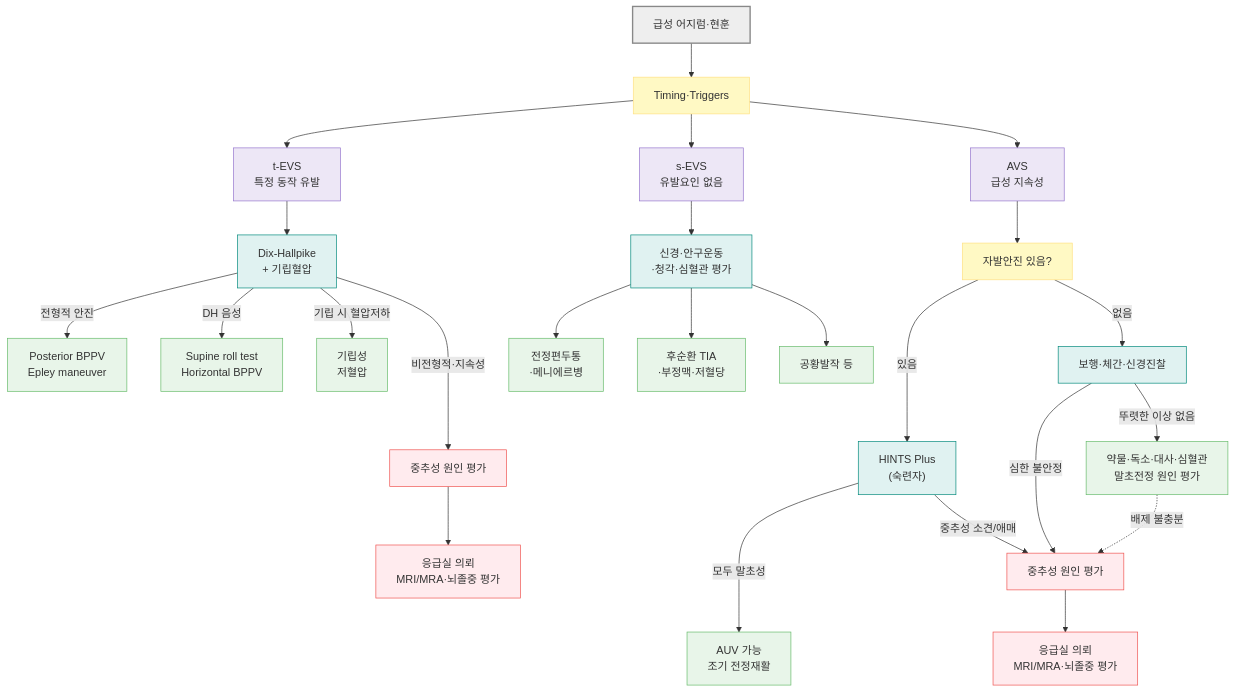
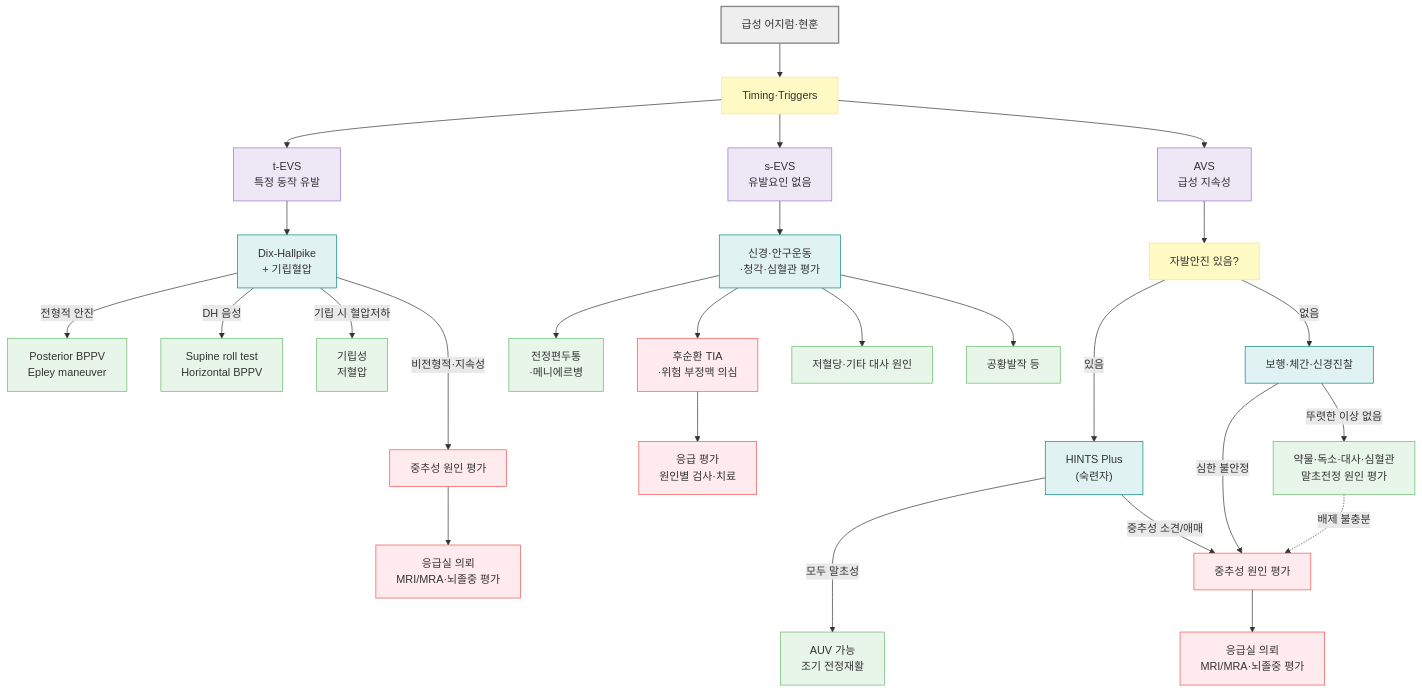
The diagram in 221_/020_-dizziness.md (familyoh77/familyoh77), drawn with Mermaid before and after one commit. The commit also changed other lines of this file, not shown here.

````diff
--- a/221_/020_-dizziness.md
+++ b/221_/020_-dizziness.md
@@ -373,45 +360,47 @@
 ```mermaid
 flowchart TD
     A["급성 어지럼·현훈"] --> B["Timing·Triggers"]
     B --> C["t-EVS<br/>특정 동작 유발"]
     B --> D["s-EVS<br/>유발요인 없음"]
     B --> E["AVS<br/>급성 지속성"]
 
     C --> C1["Dix-Hallpike <br/>+ 기립혈압"]
     C1 -->|"전형적 안진"| C2["Posterior BPPV<br/>Epley maneuver"]
     C1 -->|"DH 음성"| C3["Supine roll test<br/>Horizontal BPPV"]
     C1 -->|"기립 시 혈압저하"| C4["기립성 <br/>저혈압"]
     C1 --->|"비전형적·지속성"| X["중추성 원인 평가"]
 
     D --> D1["신경·안구운동<br/>·청각·심혈관 평가"]
     D1 --> D2["전정편두통<br/>·메니에르병"]
-    D1 --> D3["후순환 TIA<br/>·부정맥·저혈당"]
+    D1 --> D3["후순환 TIA<br/>·위험 부정맥 의심"]
+    D1 --> D5["저혈당·기타 대사 원인"]
     D1 --> D4["공황발작 등"]
+    D3 --> Y2["응급 평가<br/>원인별 검사·치료"]
 
     E --> E1["자발안진 있음?"]
     E1 -->|"있음"| E2["HINTS Plus<br/>(숙련자)"]
     E2 --->|"모두 말초성"| E3["AUV 가능<br/>조기 전정재활"]
     E2 -->|"중추성 소견/애매"| X1["중추성 원인 평가"]
     E1 -->|"없음"| E4["보행·체간·신경진찰"]
     E4 -->|"심한 불안정"| X1
     E4 -->|"뚜렷한 이상 없음"| E5["약물·독소·대사·심혈관<br/>말초전정 원인 평가"]
     E5 -.->|"배제 불충분"| X1
 
     X --> Y["응급실 의뢰<br/>MRI/MRA·뇌졸중 평가"]
     X1 --> Y1["응급실 의뢰<br/>MRI/MRA·뇌졸중 평가"]
 
     classDef start fill:#eeeeee,stroke:#888888,stroke-width:2px
     classDef branch fill:#fff9c4,stroke:#ffe082
     classDef category fill:#ede7f6,stroke:#9575cd
     classDef process fill:#e0f2f1,stroke:#00897b
     classDef outcome fill:#e8f5e9,stroke:#66bb6a
     classDef urgent fill:#ffebee,stroke:#ef5350
 
     class A start
     class B,E1 branch
     class C,D,E category
     class C1,D1,E2,E4 process
-    class C2,C3,C4,D2,D3,D4,E3,E5 outcome
-    class X,Y,X1,Y1 urgent
+    class C2,C3,C4,D2,D4,D5,E3,E5 outcome
+    class X,Y,X1,Y1,D3,Y2 urgent
 
 ```
````
